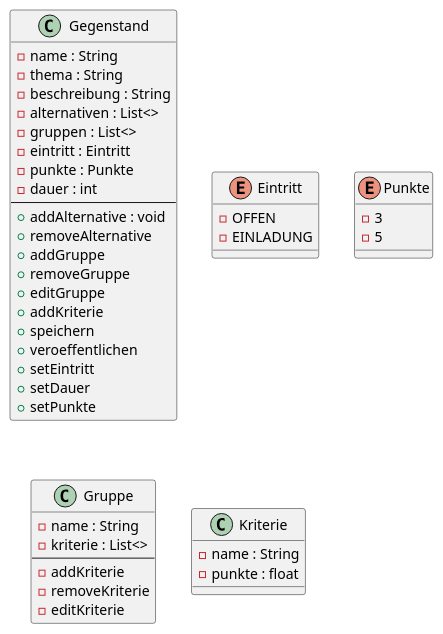
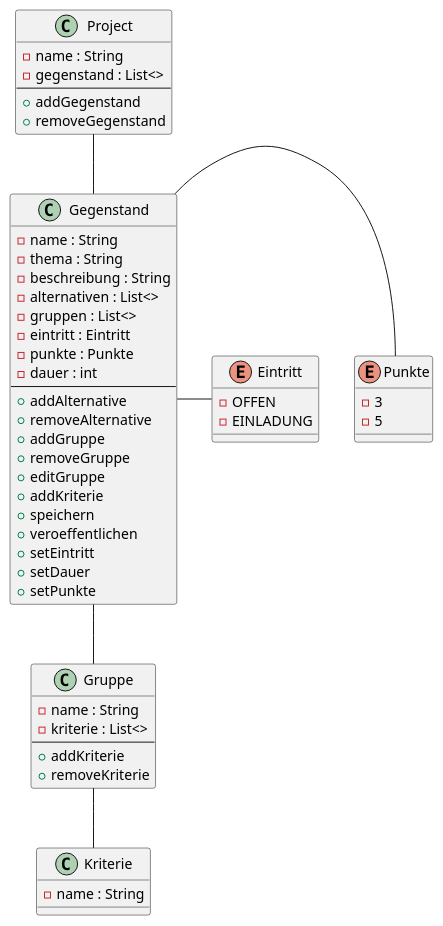
The diagram in src/main/decicion4you.puml (MathiasLux/decision4you), drawn with PlantUML before and after one commit. The commit also changed 1 other file, not shown here.

```diff
--- a/src/main/decicion4you.puml
+++ b/src/main/decicion4you.puml
@@ -1,59 +1,70 @@
 @startuml
+
+class Project
+{
+ - name : String
+ - gegenstand : List<>
+ --
+ + addGegenstand
+ + removeGegenstand
+}
 
 class Gegenstand
 {
  - name : String
  - thema : String
  - beschreibung : String
  - alternativen : List<>
  - gruppen : List<>
  - eintritt : Eintritt
  - punkte : Punkte
  - dauer : int
  --
- + addAlternative : void
+ + addAlternative
  + removeAlternative
  + addGruppe
  + removeGruppe
  + editGruppe
  + addKriterie
  + speichern
  + veroeffentlichen
  + setEintritt
  + setDauer
  + setPunkte
 }
 
 enum Eintritt
 {
 - OFFEN
 - EINLADUNG
 }
 
 enum Punkte
 {
 - 3
 - 5
 }
 
 class Gruppe
 {
  - name : String
  - kriterie : List<>
  --
- - addKriterie
- - removeKriterie
- - editKriterie
+ + addKriterie
+ + removeKriterie
 }
 
 class Kriterie
 {
  - name : String
- - punkte : float
 }
 
 
-
+Project -- Gegenstand
+Gegenstand -- Gruppe
+Gruppe -- Kriterie
+Gegenstand - Punkte
+Gegenstand - Eintritt
 
 
 @enduml
```
